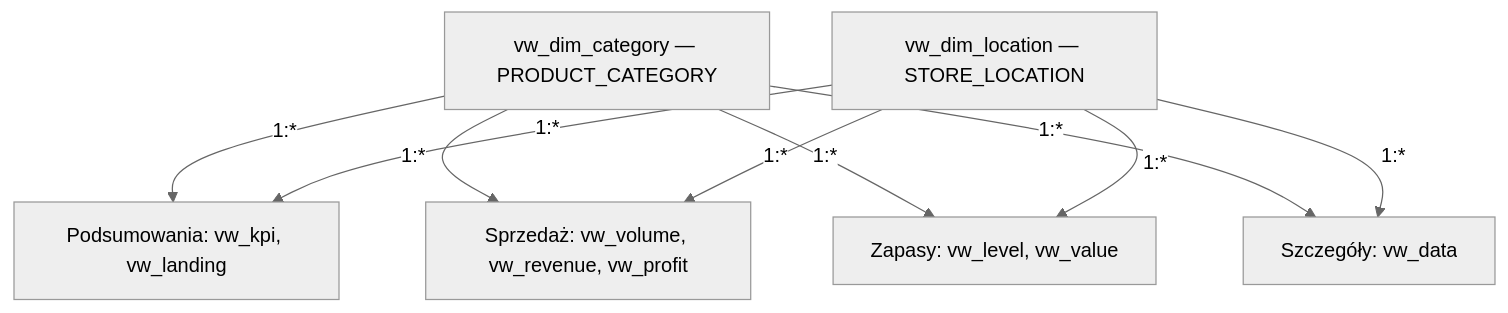
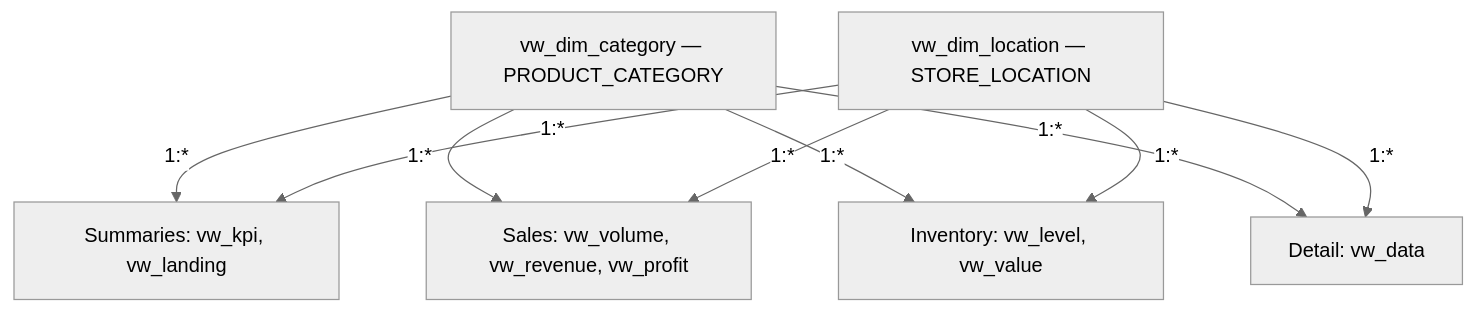
Before and after one commit to PBugowski/PBugowski.github.io: the diagram in 3/README.md, drawn with Mermaid (neutral theme). The commit also changed other lines of this file, not shown here.

````diff
--- a/3/README.md
+++ b/3/README.md
@@ -326,17 +324,17 @@
 ```mermaid
 flowchart TD
     C["vw_dim_category — PRODUCT_CATEGORY"]
     L["vw_dim_location — STORE_LOCATION"]
-    K["Podsumowania: vw_kpi, vw_landing"]
-    S["Sprzedaż: vw_volume, vw_revenue, vw_profit"]
-    I["Zapasy: vw_level, vw_value"]
-    D["Szczegóły: vw_data"]
+    K["Summaries: vw_kpi, vw_landing"]
+    S["Sales: vw_volume, vw_revenue, vw_profit"]
+    I["Inventory: vw_level, vw_value"]
+    D["Detail: vw_data"]
     C -->|"1:*"| K
     C -->|"1:*"| S
     C -->|"1:*"| I
     C -->|"1:*"| D
     L -->|"1:*"| K
     L -->|"1:*"| S
     L -->|"1:*"| I
     L -->|"1:*"| D
 ```
````
